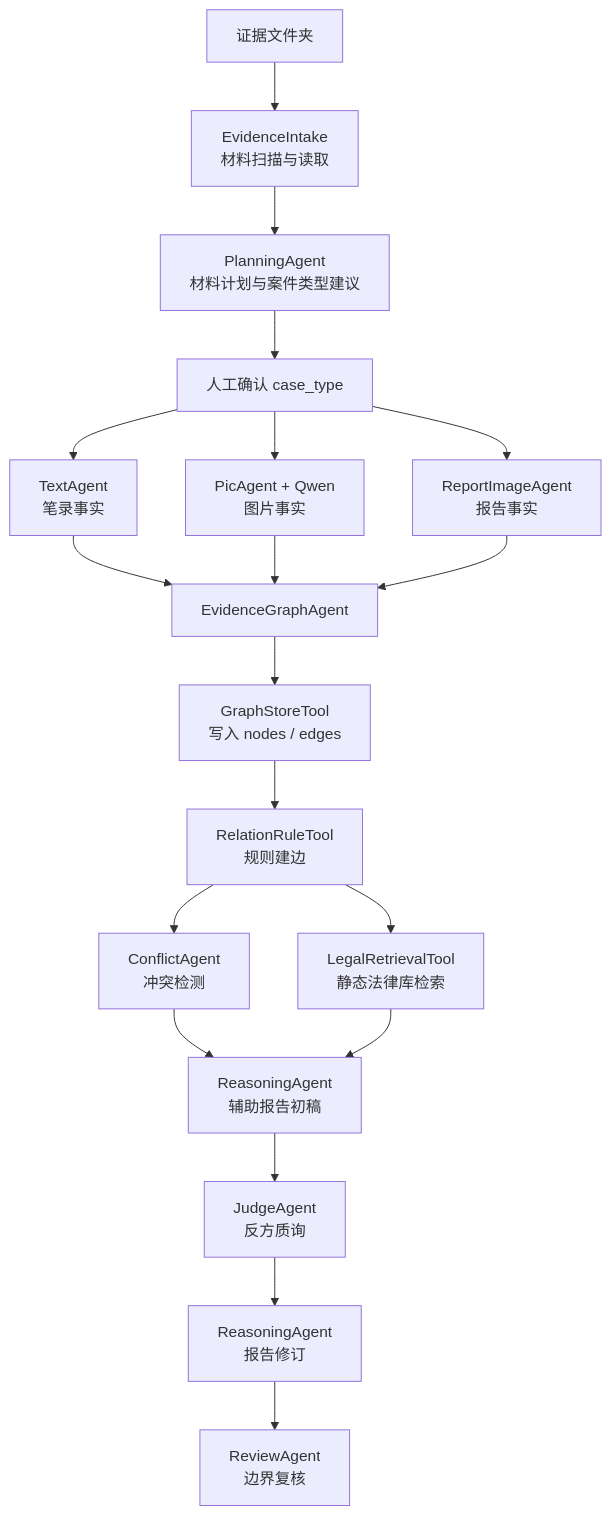
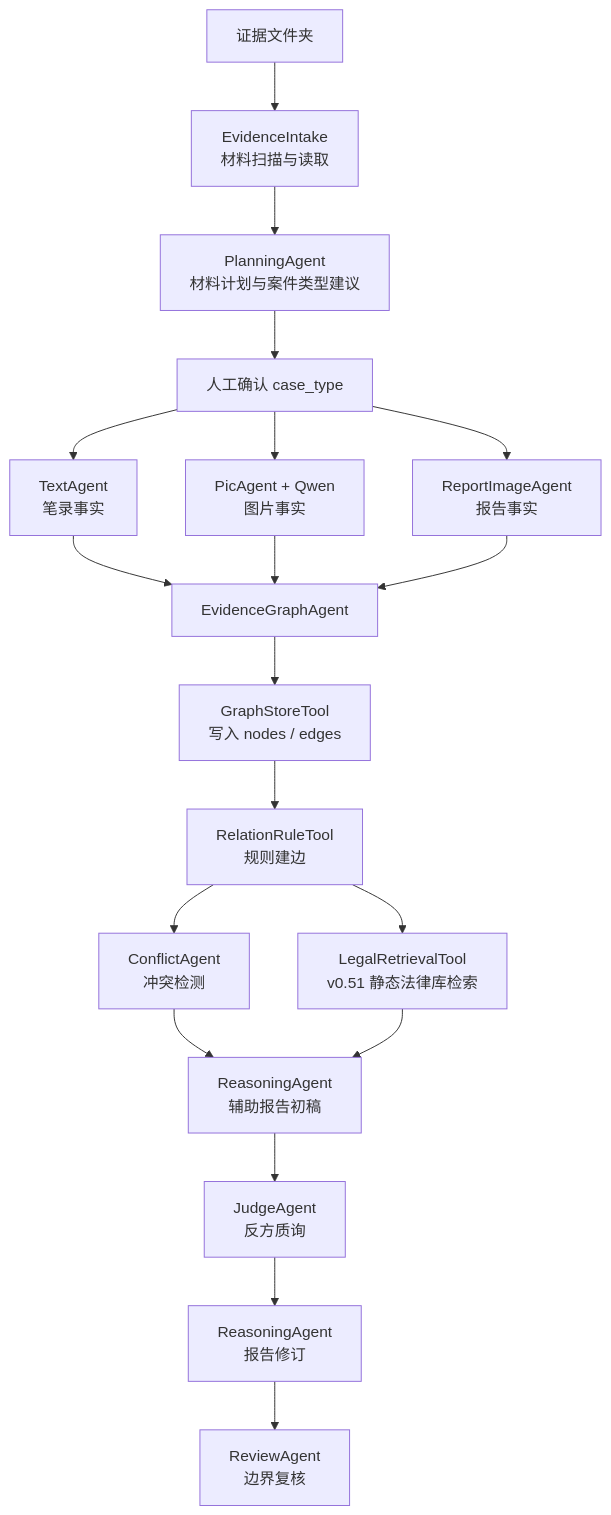
Before and after one commit to jilingxt/agent_demo: the first of 3 diagrams in 项目介绍.md, drawn with Mermaid. The commit also changed other lines of this file and 112 other files, not shown here.

````diff
--- a/项目介绍.md
+++ b/项目介绍.md
@@ -54,21 +56,21 @@
 ```mermaid
 flowchart TD
   A["证据文件夹"] --> B["EvidenceIntake<br/>材料扫描与读取"]
   B --> C["PlanningAgent<br/>材料计划与案件类型建议"]
   C --> D["人工确认 case_type"]
   D --> E["TextAgent<br/>笔录事实"]
   D --> F["PicAgent + Qwen<br/>图片事实"]
   D --> G["ReportImageAgent<br/>报告事实"]
   E --> H["EvidenceGraphAgent"]
   F --> H
   G --> H
   H --> I["GraphStoreTool<br/>写入 nodes / edges"]
   I --> J["RelationRuleTool<br/>规则建边"]
   J --> K["ConflictAgent<br/>冲突检测"]
-  J --> L["LegalRetrievalTool<br/>静态法律库检索"]
+  J --> L["LegalRetrievalTool<br/>v0.51 静态法律库检索"]
   K --> M["ReasoningAgent<br/>辅助报告初稿"]
   L --> M
   M --> N["JudgeAgent<br/>反方质询"]
   N --> O["ReasoningAgent<br/>报告修订"]
   O --> P["ReviewAgent<br/>边界复核"]
 ```
````
